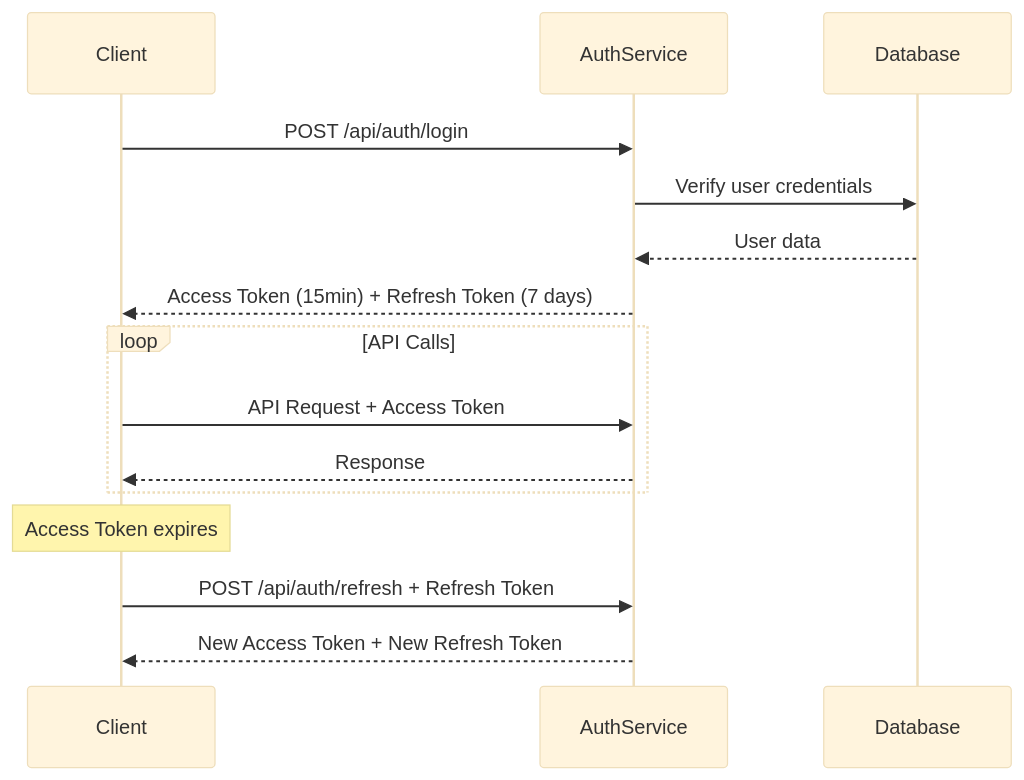
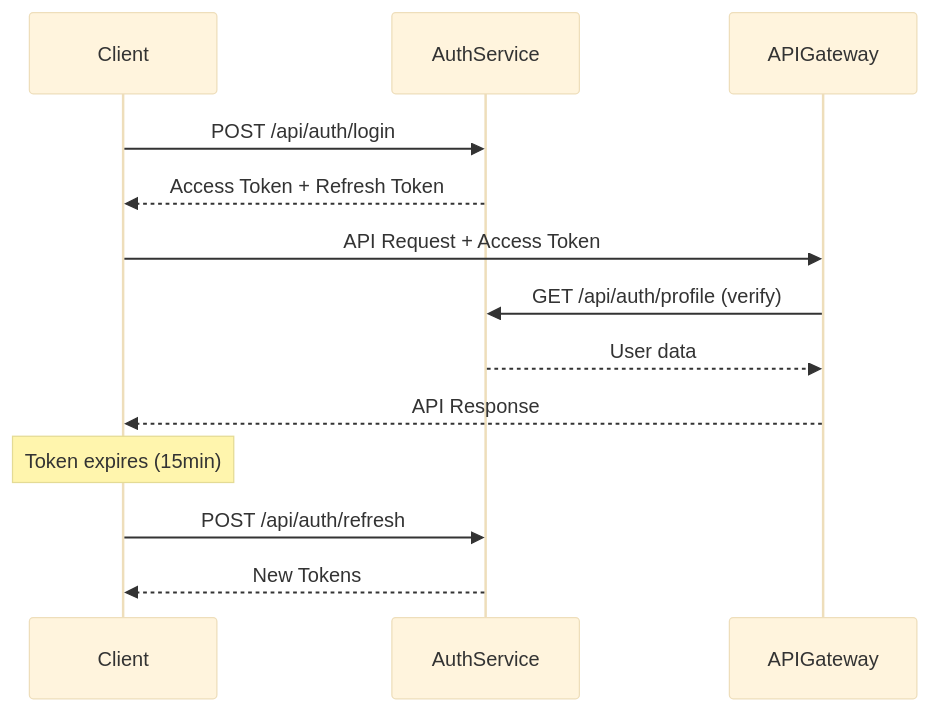
The diagram in hospital-management-backend/auth-service/README.md (phubanh0208/hospital-management-system), drawn with Mermaid (base theme) before and after one commit. The commit also changed other lines of this file and 4 other files, not shown here.

````diff
--- a/hospital-management-backend/auth-service/README.md
+++ b/hospital-management-backend/auth-service/README.md
@@ -1040,21 +180,19 @@
 ```mermaid
 sequenceDiagram
     participant Client
     participant AuthService
-    participant Database
+    participant APIGateway
     
     Client->>AuthService: POST /api/auth/login
-    AuthService->>Database: Verify user credentials
-    Database-->>AuthService: User data
-    AuthService-->>Client: Access Token (15min) + Refresh Token (7 days)
+    AuthService-->>Client: Access Token + Refresh Token
     
-    loop API Calls
-        Client->>AuthService: API Request + Access Token
-        AuthService-->>Client: Response
-    end
+    Client->>APIGateway: API Request + Access Token
+    APIGateway->>AuthService: GET /api/auth/profile (verify)
+    AuthService-->>APIGateway: User data
+    APIGateway-->>Client: API Response
     
-    Note over Client: Access Token expires
+    Note over Client: Token expires (15min)
     
-    Client->>AuthService: POST /api/auth/refresh + Refresh Token
-    AuthService-->>Client: New Access Token + New Refresh Token
+    Client->>AuthService: POST /api/auth/refresh
+    AuthService-->>Client: New Tokens
 ```
````
